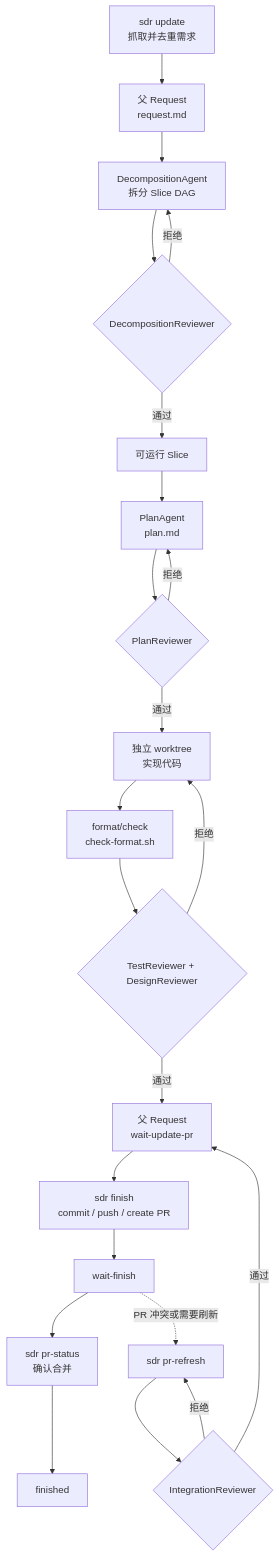
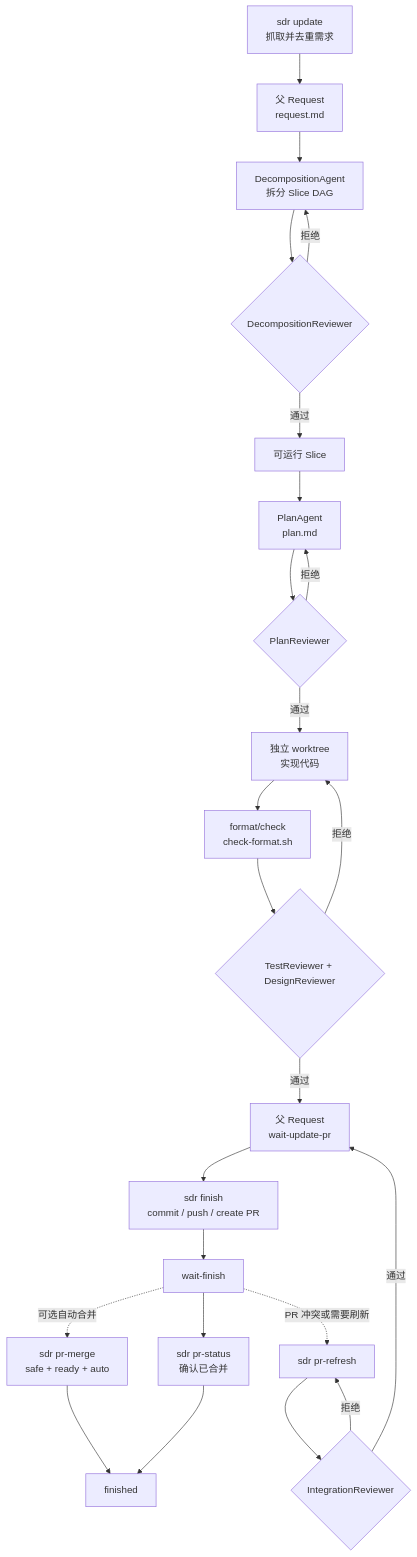
One commit to ZhmYe/Sandrone changed the diagram in README.md. Above: the diagram before and after it, drawn with Mermaid. The commit also changed other lines of this file and 18 other files, not shown here.

````diff
--- a/README.md
+++ b/README.md
@@ -85,24 +85,26 @@
 ```mermaid
 flowchart TD
     A["sdr update<br/>抓取并去重需求"] --> B["父 Request<br/>request.md"]
     B --> C["DecompositionAgent<br/>拆分 Slice DAG"]
     C --> D{"DecompositionReviewer"}
     D -- "拒绝" --> C
     D -- "通过" --> E["可运行 Slice"]
     E --> F["PlanAgent<br/>plan.md"]
     F --> G{"PlanReviewer"}
     G -- "拒绝" --> F
     G -- "通过" --> H["独立 worktree<br/>实现代码"]
     H --> I["format/check<br/>check-format.sh"]
     I --> J{"TestReviewer + DesignReviewer"}
     J -- "拒绝" --> H
     J -- "通过" --> K["父 Request<br/>wait-update-pr"]
     K --> L["sdr finish<br/>commit / push / create PR"]
     L --> M["wait-finish"]
-    M --> N["sdr pr-status<br/>确认合并"]
+    M --> N["sdr pr-status<br/>确认已合并"]
+    M -. "可选自动合并" .-> AM["sdr pr-merge<br/>safe + ready + auto"]
+    AM --> O["finished"]
     N --> O["finished"]
     M -. "PR 冲突或需要刷新" .-> P["sdr pr-refresh"]
     P --> Q{"IntegrationReviewer"}
     Q -- "拒绝" --> P
     Q -- "通过" --> K
 ```
````
